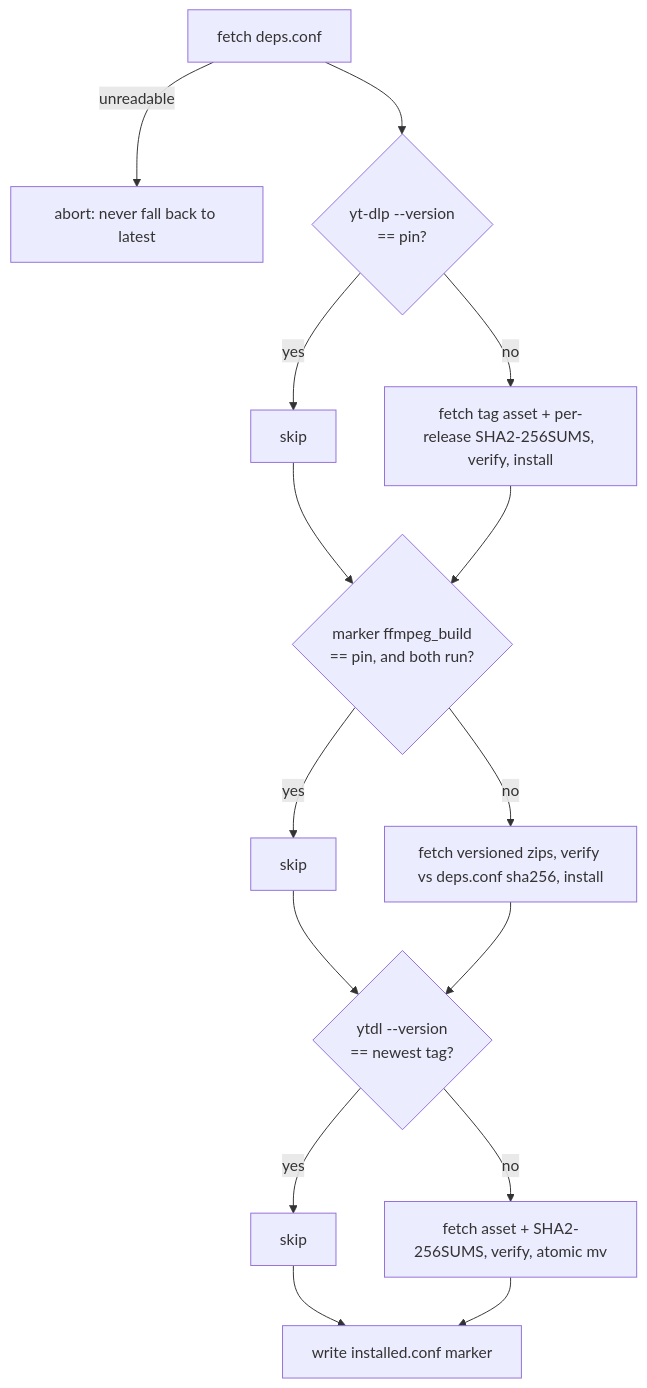
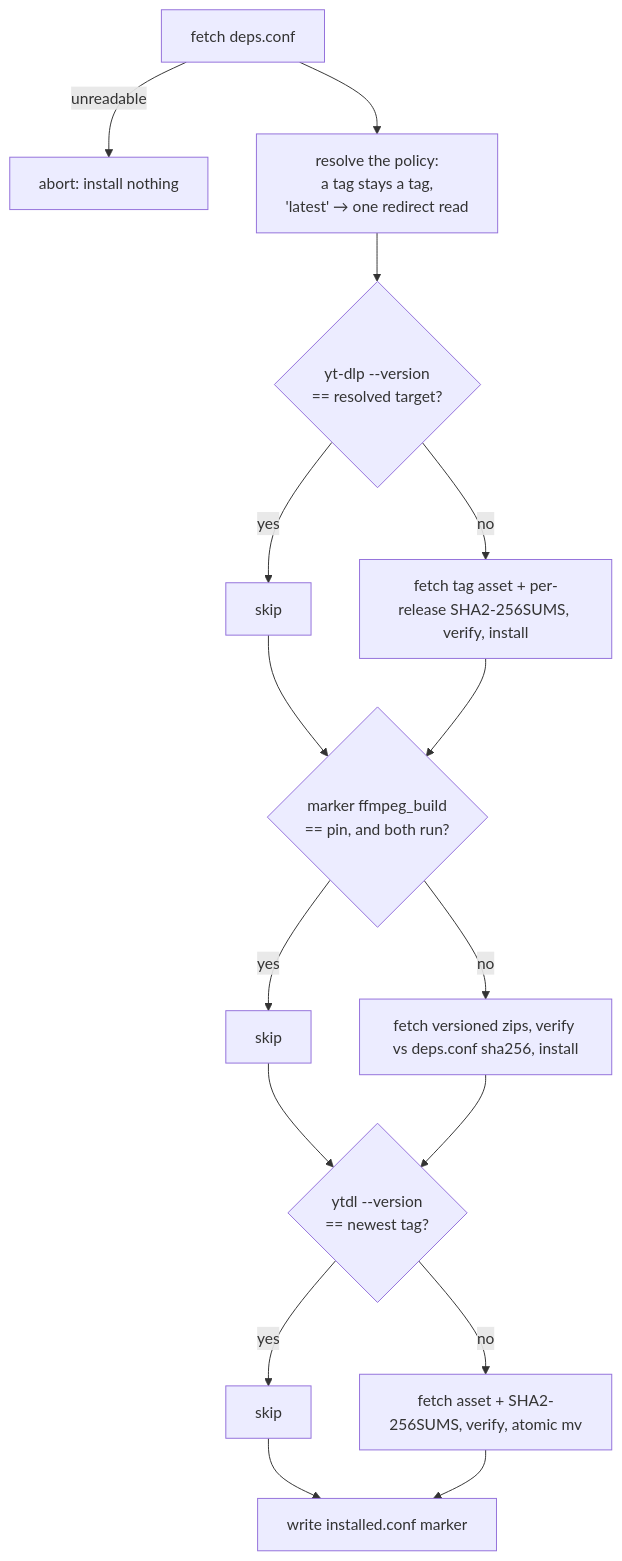
One commit to alergyonthestage/ytdl changed the second of 4 diagrams in docs/design-cycle6plus-update.md. Above: the diagram before and after it, drawn with Mermaid. The commit also changed other lines of this file and 2 other files, not shown here.

````diff
--- a/docs/design-cycle6plus-update.md
+++ b/docs/design-cycle6plus-update.md
@@ -208,14 +220,15 @@
 ```mermaid
 flowchart TD
-  A["fetch deps.conf"] -->|unreadable| X["abort: never fall back to latest"]
-  A --> B{"yt-dlp --version<br/>== pin?"}
+  A["fetch deps.conf"] -->|unreadable| X["abort: install nothing"]
+  A --> R["resolve the policy:<br/>a tag stays a tag,<br/>'latest' → one redirect read"]
+  R --> B{"yt-dlp --version<br/>== resolved target?"}
   B -->|yes| C["skip"]
   B -->|no| D["fetch tag asset + per-release SHA2-256SUMS, verify, install"]
   C & D --> E{"marker ffmpeg_build<br/>== pin, and both run?"}
   E -->|yes| F["skip"]
   E -->|no| G["fetch versioned zips, verify vs deps.conf sha256, install"]
   F & G --> H{"ytdl --version<br/>== newest tag?"}
   H -->|yes| I["skip"]
   H -->|no| J["fetch asset + SHA2-256SUMS, verify, atomic mv"]
   I & J --> K["write installed.conf marker"]
 ```
````
